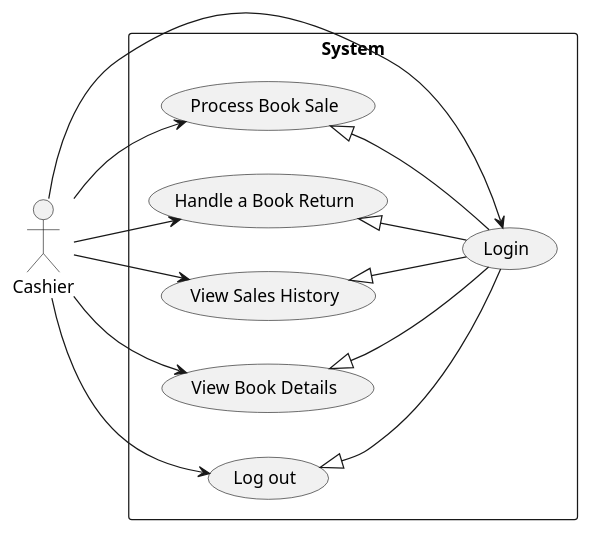
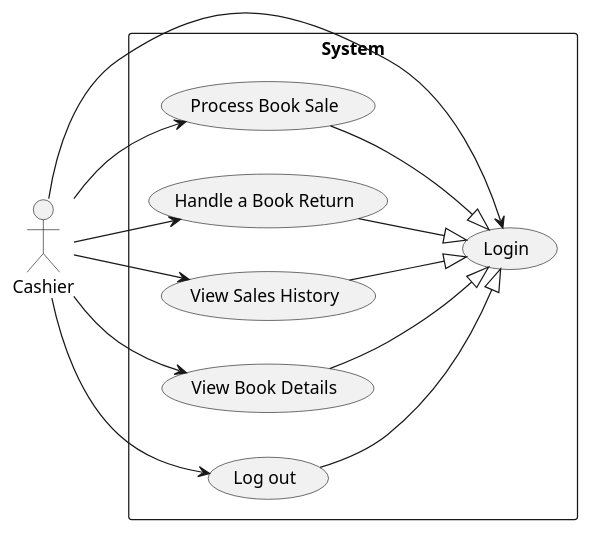
The diagram in usecases/Diagrams/CashierFunctions.puml (HabibaMekay/Bookstore-Management-System), drawn with PlantUML before and after one commit. The commit also changed 4 other files, not shown here.

Commit message:
fixe to use case diagrams

```diff
--- a/usecases/Diagrams/CashierFunctions.puml
+++ b/usecases/Diagrams/CashierFunctions.puml
@@ -1,29 +1,29 @@
 @startuml
 'https://plantuml.com/use-case-diagram
 
 left to right direction
 
 actor Cashier
 
 rectangle "System" {
     usecase "Login" as UC1
     usecase "Process Book Sale" as UC2
     usecase "Handle a Book Return" as UC3
     usecase "View Sales History" as UC4
     usecase "View Book Details" as UC5
      usecase "Log out" as UC6
 }
 
 Cashier --> UC1
 Cashier --> UC2
 Cashier --> UC3
 Cashier --> UC4
 Cashier --> UC5
 Cashier --> UC6
 
-UC2 <|-- UC1
-UC3 <|-- UC1
-UC4 <|-- UC1
-UC5 <|-- UC1
-UC6 <|-- UC1
+UC2 --|> UC1
+UC3 --|> UC1
+UC4 --|> UC1
+UC5 --|> UC1
+UC6 --|> UC1
 @enduml
```
